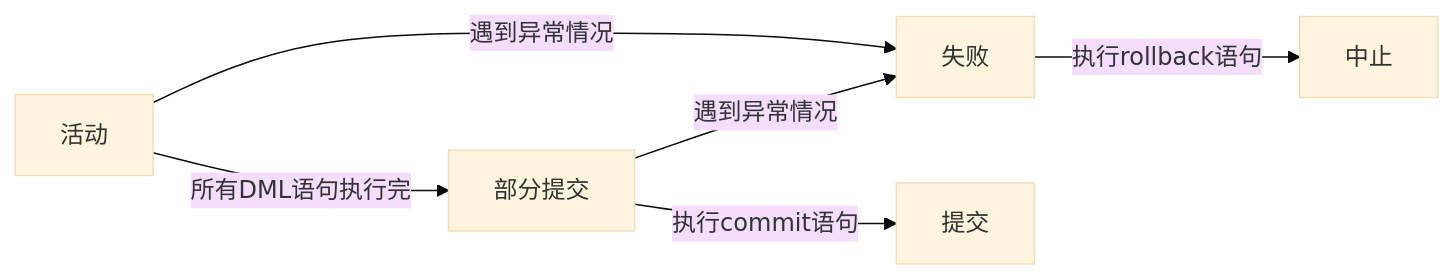
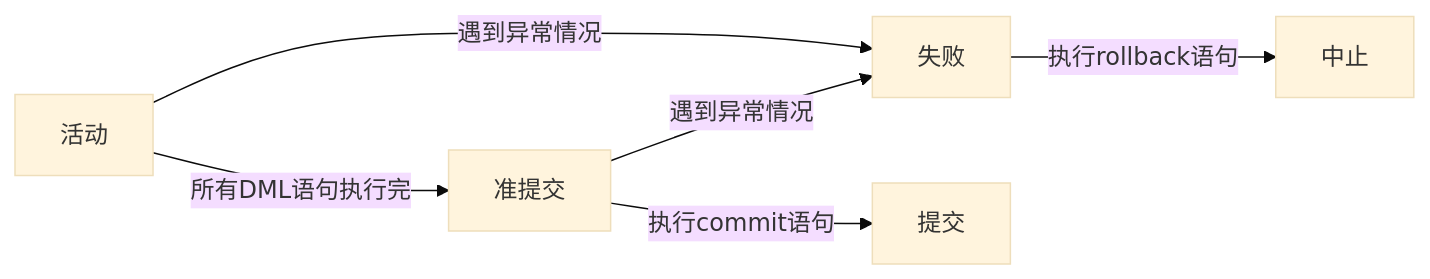
Before and after one commit to Super-Van/Notebook: the second of 3 diagrams in MySQL.md, drawn with Mermaid (base theme). The commit also changed other lines of this file and 50 other files, not shown here.

````diff
--- a/MySQL.md
+++ b/MySQL.md
@@ -1627,8 +1671,8 @@
 ```mermaid
 graph LR;
-	活动-->|所有DML语句执行完|部分提交;
+	活动-->|所有DML语句执行完|准提交;
 	活动-->|遇到异常情况|失败;
-	部分提交-->|遇到异常情况|失败;
-	部分提交-->|执行commit语句|提交;
+	准提交-->|遇到异常情况|失败;
+	准提交-->|执行commit语句|提交;
 	失败-->|执行rollback语句|中止;
 ```
````
